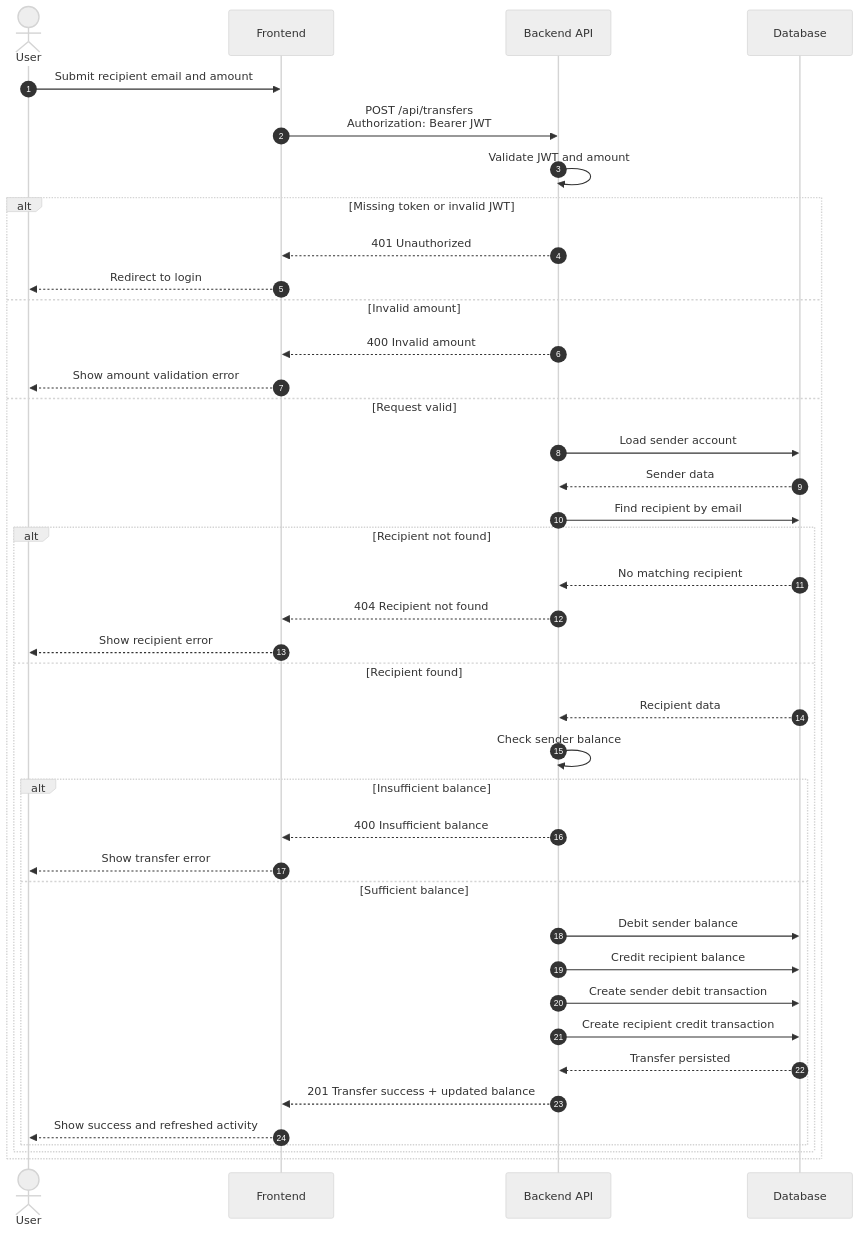
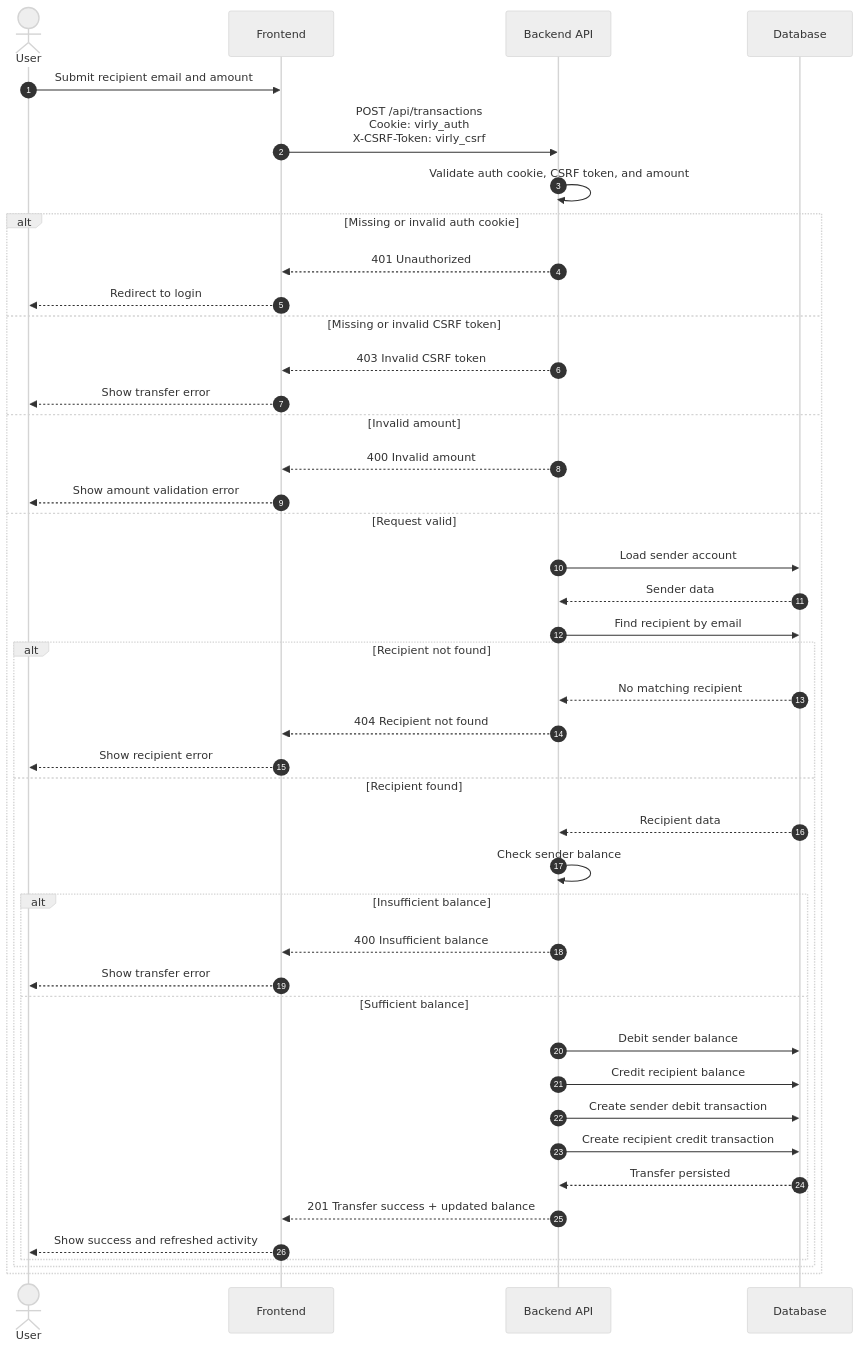
The fifth of 7 diagrams in docs/sequence-diagrams.md (AyalMoran/virly), drawn with Mermaid (neutral theme) before and after one commit. The commit also changed other lines of this file and 2 other files, not shown here.

Commit message:
feat: Update documentation to reflect Virly branding and enhance authentication details

````diff
--- a/docs/sequence-diagrams.md
+++ b/docs/sequence-diagrams.md
@@ -164,46 +166,49 @@
 ```mermaid
 sequenceDiagram
     autonumber
     actor User
     participant Frontend
     participant BackendAPI as Backend API
     participant Database
 
     User->>Frontend: Submit recipient email and amount
-    Frontend->>BackendAPI: POST /api/transfers<br/>Authorization: Bearer JWT
-    BackendAPI->>BackendAPI: Validate JWT and amount
+    Frontend->>BackendAPI: POST /api/transactions<br/>Cookie: virly_auth<br/>X-CSRF-Token: virly_csrf
+    BackendAPI->>BackendAPI: Validate auth cookie, CSRF token, and amount
 
-    alt Missing token or invalid JWT
+    alt Missing or invalid auth cookie
         BackendAPI-->>Frontend: 401 Unauthorized
         Frontend-->>User: Redirect to login
+    else Missing or invalid CSRF token
+        BackendAPI-->>Frontend: 403 Invalid CSRF token
+        Frontend-->>User: Show transfer error
     else Invalid amount
         BackendAPI-->>Frontend: 400 Invalid amount
         Frontend-->>User: Show amount validation error
     else Request valid
         BackendAPI->>Database: Load sender account
         Database-->>BackendAPI: Sender data
         BackendAPI->>Database: Find recipient by email
 
         alt Recipient not found
             Database-->>BackendAPI: No matching recipient
             BackendAPI-->>Frontend: 404 Recipient not found
             Frontend-->>User: Show recipient error
         else Recipient found
             Database-->>BackendAPI: Recipient data
             BackendAPI->>BackendAPI: Check sender balance
 
             alt Insufficient balance
                 BackendAPI-->>Frontend: 400 Insufficient balance
                 Frontend-->>User: Show transfer error
             else Sufficient balance
                 BackendAPI->>Database: Debit sender balance
                 BackendAPI->>Database: Credit recipient balance
                 BackendAPI->>Database: Create sender debit transaction
                 BackendAPI->>Database: Create recipient credit transaction
                 Database-->>BackendAPI: Transfer persisted
                 BackendAPI-->>Frontend: 201 Transfer success + updated balance
                 Frontend-->>User: Show success and refreshed activity
             end
         end
     end
 ```
````
